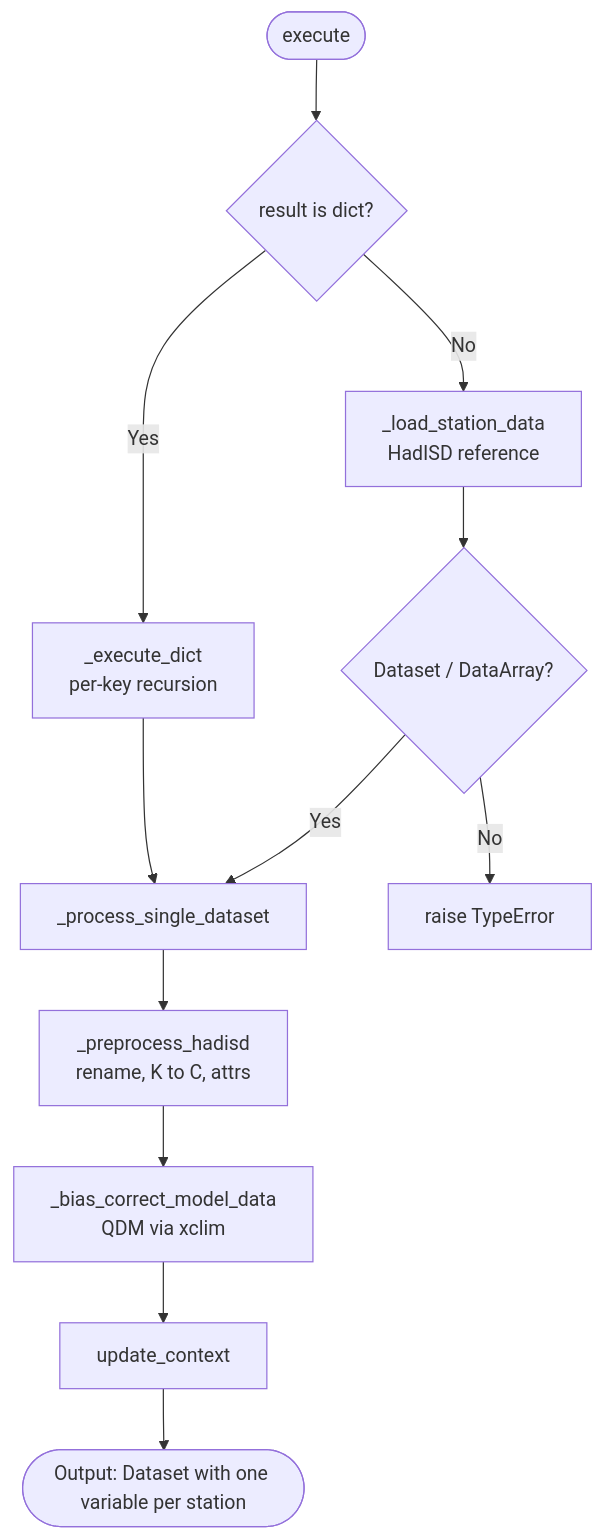
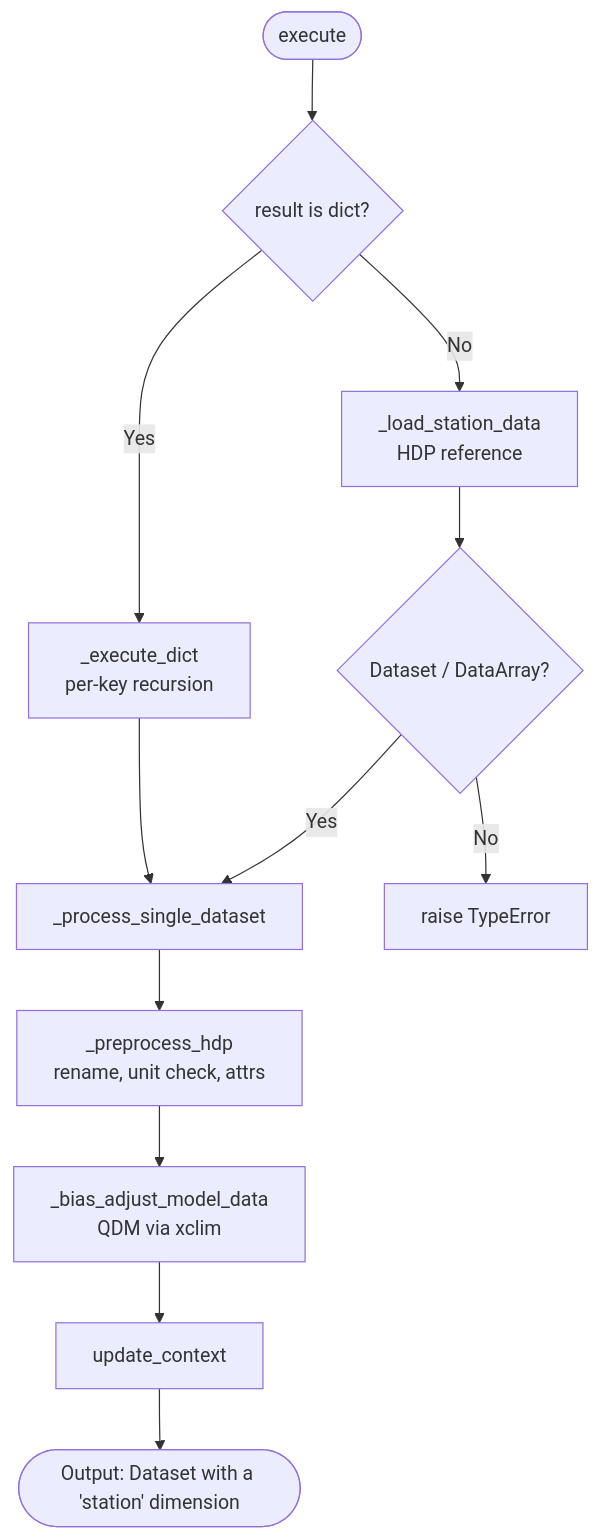
One commit to cal-adapt/climakitae changed the diagram in docs-mkdocs/climate-data-interface/processors/bias_adjust_model_to_station.md. Above: the diagram before and after it, drawn with Mermaid. The commit also changed other lines of this file and 14 other files, not shown here.

Commit message:
chore: restoring HDP, somehow the hadISD ended up overwriting HDP for one of the resets

````diff
--- a/docs-mkdocs/climate-data-interface/processors/bias_adjust_model_to_station.md
+++ b/docs-mkdocs/climate-data-interface/processors/bias_adjust_model_to_station.md
@@ -9,23 +9,23 @@
 ```mermaid
 flowchart TD
     Start([execute]) --> DictCheck{result is dict?}
     DictCheck -->|Yes| ExecDict[_execute_dict<br/>per-key recursion]
-    DictCheck -->|No| LoadObs[_load_station_data<br/>HadISD reference]
+    DictCheck -->|No| LoadObs[_load_station_data<br/>HDP reference]
     LoadObs --> TypeCheck{Dataset / DataArray?}
     TypeCheck -->|Yes| ProcSingle[_process_single_dataset]
     TypeCheck -->|No| TypeErr[raise TypeError]
 
     ExecDict --> ProcSingle
-    ProcSingle --> Preproc[_preprocess_hadisd<br/>rename, K to C, attrs]
-    Preproc --> BiasCorrect[_bias_correct_model_data<br/>QDM via xclim]
-    BiasCorrect --> UpdateCtx[update_context]
-    UpdateCtx --> End([Output: Dataset with one variable per station])
+    ProcSingle --> Preproc[_preprocess_hdp<br/>rename, unit check, attrs]
+    Preproc --> BiasAdjust[_bias_adjust_model_data<br/>QDM via xclim]
+    BiasAdjust --> UpdateCtx[update_context]
+    UpdateCtx --> End([Output: Dataset with a 'station' dimension])
 
-    click Start "https://github.com/cal-adapt/climakitae/blob/main/climakitae/new_core/processors/bias_adjust_model_to_station.py#L790" "execute"
-    click ExecDict "https://github.com/cal-adapt/climakitae/blob/main/climakitae/new_core/processors/bias_adjust_model_to_station.py#L723" "_execute_dict"
-    click LoadObs "https://github.com/cal-adapt/climakitae/blob/main/climakitae/new_core/processors/bias_adjust_model_to_station.py#L243" "_load_station_data"
-    click ProcSingle "https://github.com/cal-adapt/climakitae/blob/main/climakitae/new_core/processors/bias_adjust_model_to_station.py#L510" "_process_single_dataset"
-    click Preproc "https://github.com/cal-adapt/climakitae/blob/main/climakitae/new_core/processors/bias_adjust_model_to_station.py#L185" "_preprocess_hadisd"
-    click BiasCorrect "https://github.com/cal-adapt/climakitae/blob/main/climakitae/new_core/processors/bias_adjust_model_to_station.py#L309" "_bias_correct_model_data"
-    click UpdateCtx "https://github.com/cal-adapt/climakitae/blob/main/climakitae/new_core/processors/bias_adjust_model_to_station.py#L864" "update_context"
+    click Start "https://github.com/cal-adapt/climakitae/blob/main/climakitae/new_core/processors/bias_adjust_model_to_station.py" "execute"
+    click ExecDict "https://github.com/cal-adapt/climakitae/blob/main/climakitae/new_core/processors/bias_adjust_model_to_station.py" "_execute_dict"
+    click LoadObs "https://github.com/cal-adapt/climakitae/blob/main/climakitae/new_core/processors/bias_adjust_model_to_station.py" "_load_station_data"
+    click ProcSingle "https://github.com/cal-adapt/climakitae/blob/main/climakitae/new_core/processors/bias_adjust_model_to_station.py" "_process_single_dataset"
+    click Preproc "https://github.com/cal-adapt/climakitae/blob/main/climakitae/new_core/processors/bias_adjust_model_to_station.py" "_preprocess_hdp"
+    click BiasAdjust "https://github.com/cal-adapt/climakitae/blob/main/climakitae/new_core/processors/bias_adjust_model_to_station.py" "_bias_adjust_model_data"
+    click UpdateCtx "https://github.com/cal-adapt/climakitae/blob/main/climakitae/new_core/processors/bias_adjust_model_to_station.py" "update_context"
 ```
````
